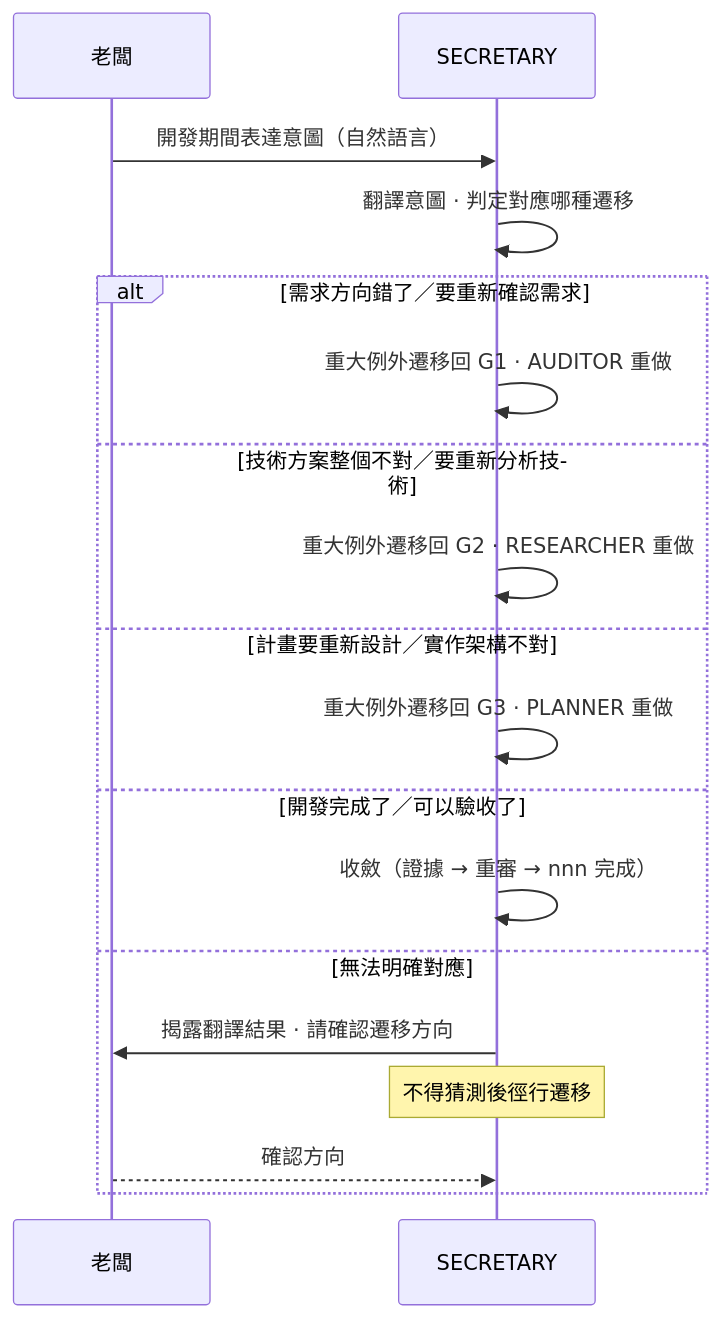
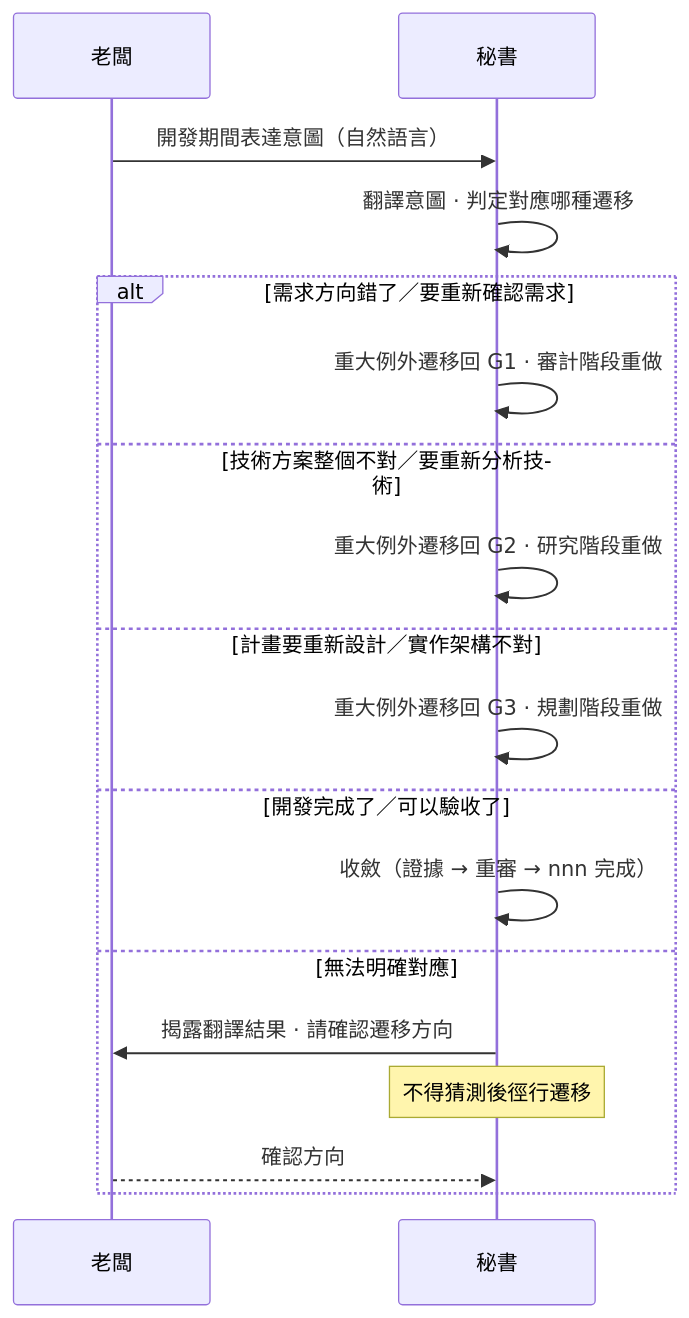
Before and after one commit to teps3105/shiftblame: the third of 8 diagrams in skills/shiftblame/SKILL.md, drawn with Mermaid. The commit also changed other lines of this file and 29 other files, not shown here.

````diff
--- a/skills/shiftblame/SKILL.md
+++ b/skills/shiftblame/SKILL.md
@@ -127,22 +127,22 @@
    ```mermaid
    sequenceDiagram
         participant B as 老闆
-        participant SEC as SECRETARY
+        participant SEC as 秘書
 
         B->>SEC: 開發期間表達意圖（自然語言）
         SEC->>SEC: 翻譯意圖 · 判定對應哪種遷移
 
         alt 需求方向錯了／要重新確認需求
-            SEC->>SEC: 重大例外遷移回 G1 · AUDITOR 重做
+            SEC->>SEC: 重大例外遷移回 G1 · 審計階段重做
         else 技術方案整個不對／要重新分析技術
-            SEC->>SEC: 重大例外遷移回 G2 · RESEARCHER 重做
+            SEC->>SEC: 重大例外遷移回 G2 · 研究階段重做
         else 計畫要重新設計／實作架構不對
-            SEC->>SEC: 重大例外遷移回 G3 · PLANNER 重做
+            SEC->>SEC: 重大例外遷移回 G3 · 規劃階段重做
         else 開發完成了／可以驗收了
             SEC->>SEC: 收斂（證據 → 重審 → nnn 完成）
         else 無法明確對應
             SEC->>B: 揭露翻譯結果 · 請確認遷移方向
             Note over SEC: 不得猜測後徑行遷移
             B-->>SEC: 確認方向
         end
    ```
````
